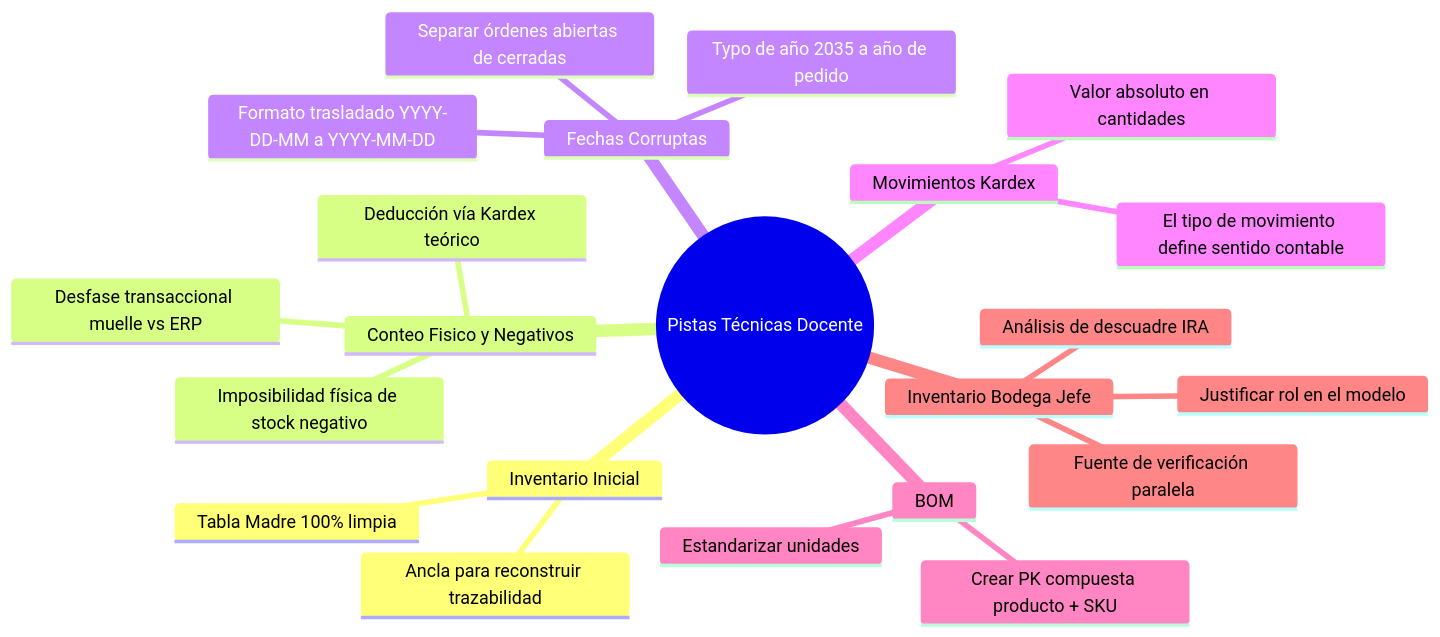
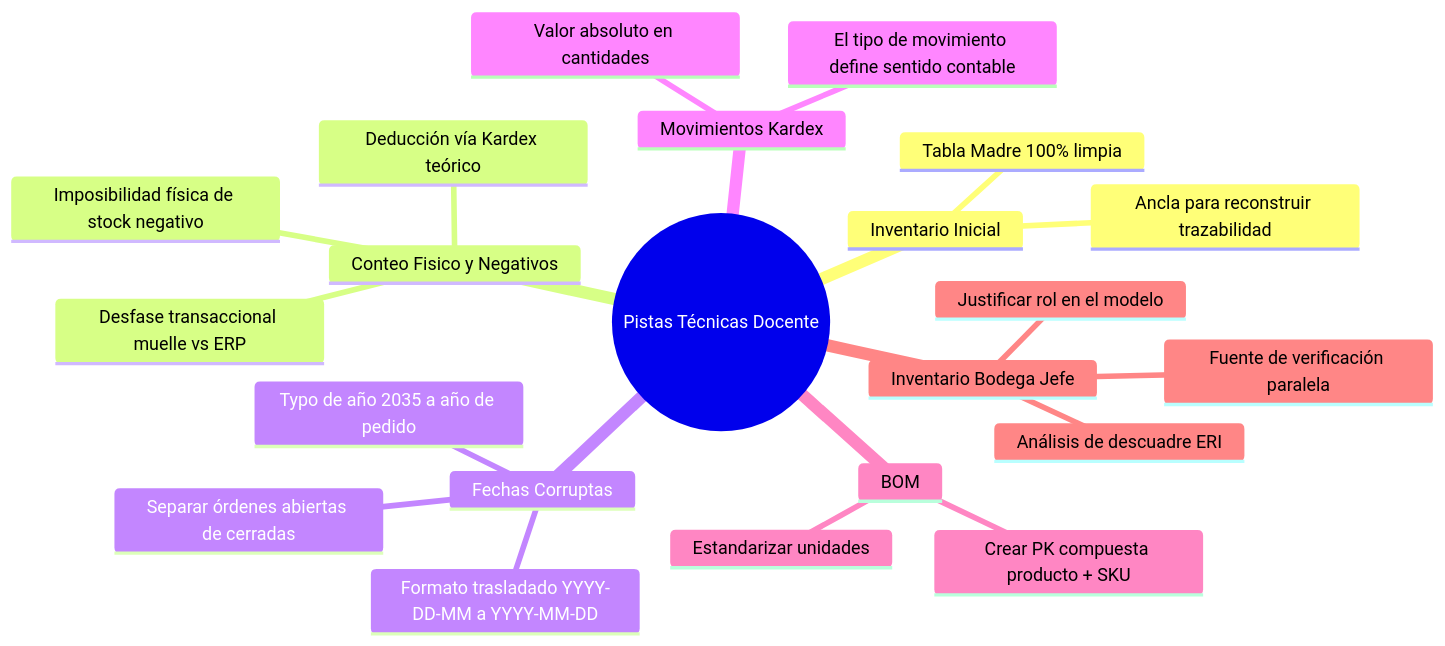
Before and after one commit to juliancarmotrice-star/E2: the first of 2 diagrams in informes/BITACORA_DE_LIMPIEZA.md, drawn with Mermaid. The commit also changed other lines of this file and 15 other files, not shown here.

Commit message:
docs: harmonize SLA and ERI terminology across all reports and align architecture section 6 baseline figures

````diff
--- a/informes/BITACORA_DE_LIMPIEZA.md
+++ b/informes/BITACORA_DE_LIMPIEZA.md
@@ -35,25 +35,25 @@
 ```mermaid
 mindmap
   root((Pistas Técnicas Docente))
     Inventario Inicial
       Tabla Madre 100% limpia
       Ancla para reconstruir trazabilidad
     Conteo Fisico y Negativos
       Imposibilidad física de stock negativo
       Desfase transaccional muelle vs ERP
       Deducción vía Kardex teórico
     Fechas Corruptas
       Formato trasladado YYYY-DD-MM a YYYY-MM-DD
       Typo de año 2035 a año de pedido
       Separar órdenes abiertas de cerradas
     Movimientos Kardex
       Valor absoluto en cantidades
       El tipo de movimiento define sentido contable
     BOM
       Crear PK compuesta producto + SKU
       Estandarizar unidades
     Inventario Bodega Jefe
       Justificar rol en el modelo
       Fuente de verificación paralela
-      Análisis de descuadre IRA
+      Análisis de descuadre ERI
 ```
````
